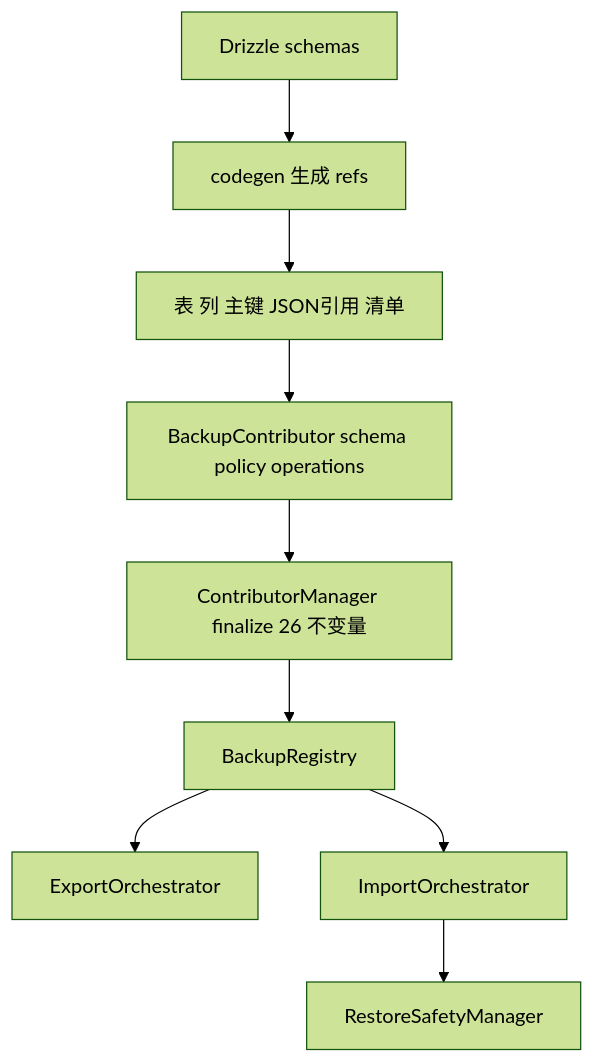
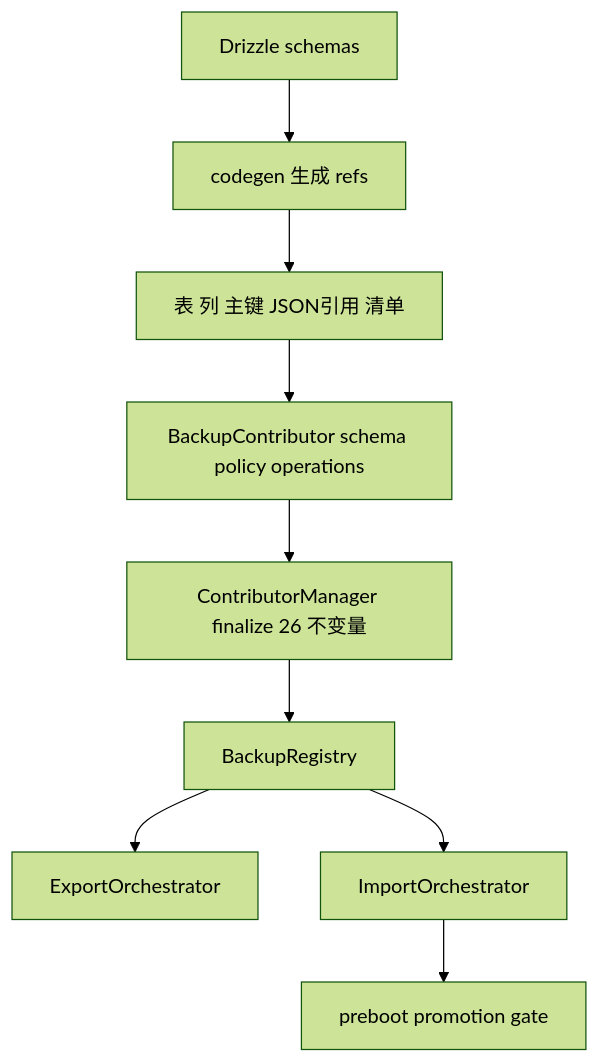
The second of 5 diagrams in docs/references/backup/backup-architecture.md (hedging8563/cherry-studio), drawn with Mermaid (forest theme) before and after one commit. The commit also changed other lines of this file and 2 other files, not shown here.

First line of the commit message:
docs(backup): align restore docs with D-model target

````diff
--- a/docs/references/backup/backup-architecture.md
+++ b/docs/references/backup/backup-architecture.md
@@ -117,11 +117,11 @@
 ```mermaid
 flowchart TB
   D[Drizzle schemas] --> CG[codegen 生成 refs]
   CG --> T[表 列 主键 JSON引用 清单]
   T --> BC[BackupContributor schema policy operations]
   BC --> CM[ContributorManager finalize 26 不变量]
   CM --> BR[BackupRegistry]
   BR --> EX[ExportOrchestrator]
   BR --> IM[ImportOrchestrator]
-  IM --> RS[RestoreSafetyManager]
+  IM --> PG[preboot promotion gate]
 ```
````
